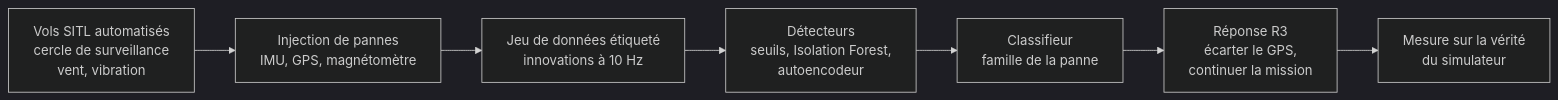
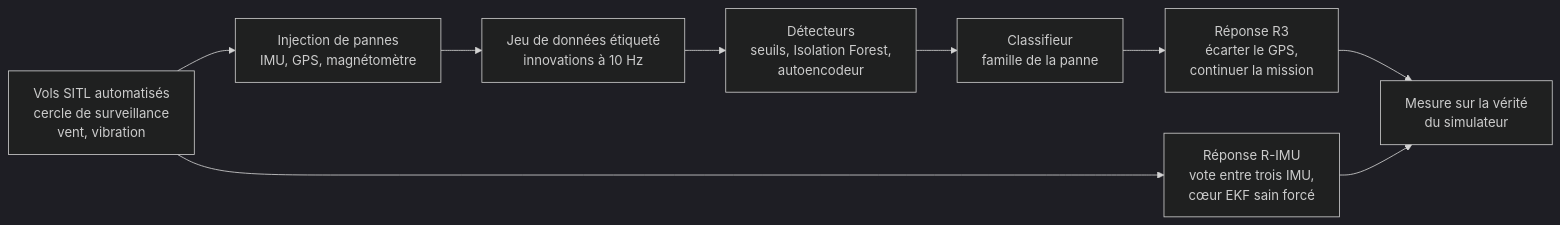
One commit to AntCro29/uav-imu-fault-detection changed the diagram in README.md. Above: the diagram before and after it, drawn with Mermaid (dark theme). The commit also changed other lines of this file and 5 other files, not shown here.

````diff
--- a/README.md
+++ b/README.md
@@ -31,9 +31,11 @@
 ```mermaid
 flowchart LR
     A[Vols SITL automatisés<br/>cercle de surveillance<br/>vent, vibration] --> B[Injection de pannes<br/>IMU, GPS, magnétomètre]
     B --> C[Jeu de données étiqueté<br/>innovations à 10 Hz]
     C --> D[Détecteurs<br/>seuils, Isolation Forest,<br/>autoencodeur]
     D --> G[Classifieur<br/>famille de la panne]
     G --> E[Réponse R3<br/>écarter le GPS,<br/>continuer la mission]
+    A --> H[Réponse R-IMU<br/>vote entre trois IMU,<br/>cœur EKF sain forcé]
     E --> F[Mesure sur la vérité<br/>du simulateur]
+    H --> F
 ```
````
